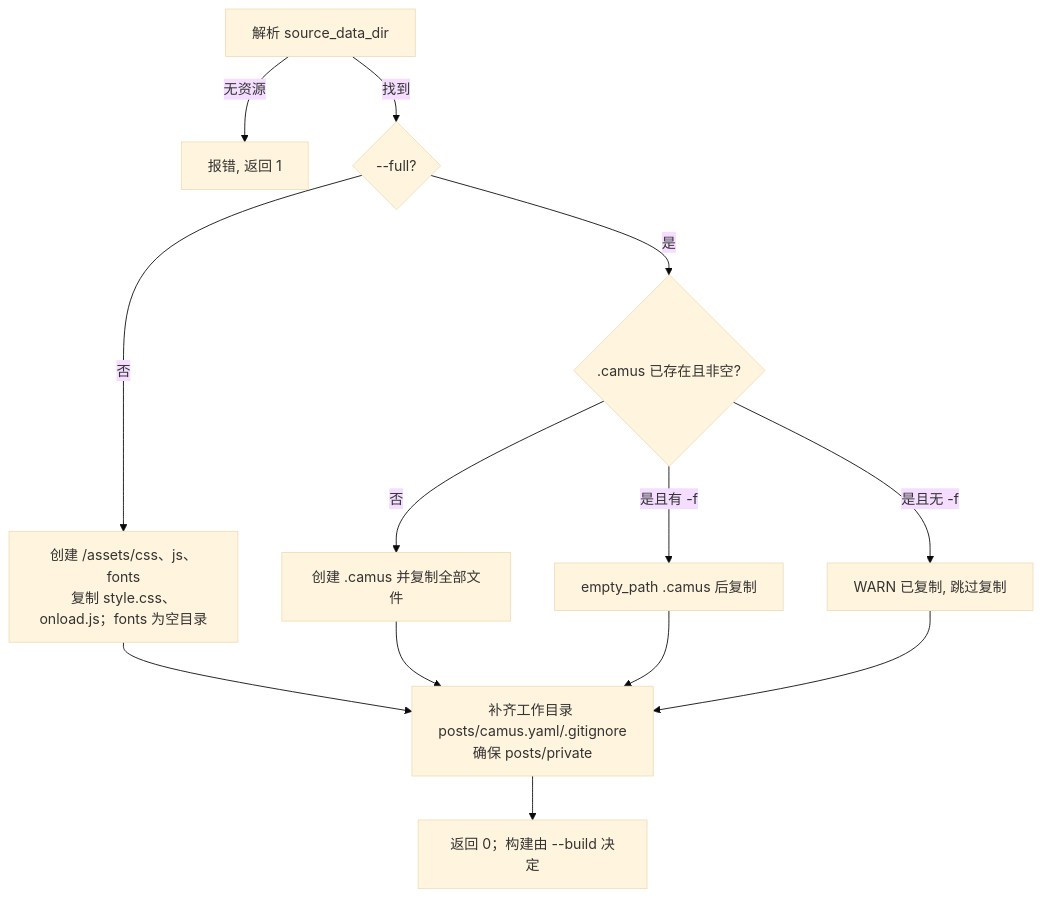
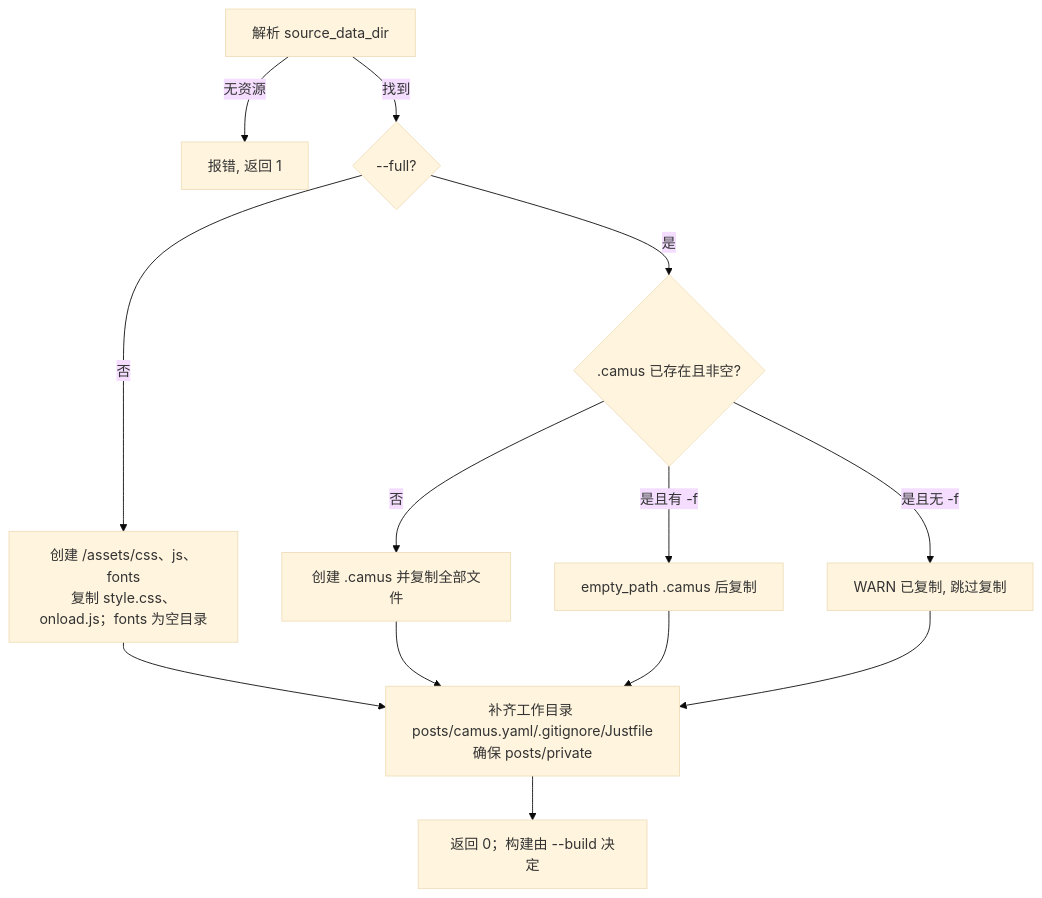
Before and after one commit to o8x/camus: the second of 3 diagrams in docs/prd/08-template-install.md, drawn with Mermaid (base theme). The commit also changed other lines of this file and 8 other files, not shown here.

````diff
--- a/docs/prd/08-template-install.md
+++ b/docs/prd/08-template-install.md
@@ -74,15 +76,15 @@
 ```mermaid
 flowchart TD
     A[解析 source_data_dir] -->|无资源| X[报错, 返回 1]
     A -->|找到| F{--full?}
     F -->|否| M[创建 <workdir>/assets/css、js、fonts<br/>复制 style.css、onload.js；fonts 为空目录]
-    M --> S[补齐工作目录 posts/camus.yaml/.gitignore<br/>确保 posts/private]
+    M --> S[补齐工作目录 posts/camus.yaml/.gitignore/Justfile<br/>确保 posts/private]
     F -->|是| B{.camus 已存在且非空?}
     B -->|否| D[创建 .camus 并复制全部文件]
     B -->|是且无 -f| W[WARN 已复制, 跳过复制]
     B -->|是且有 -f| C[empty_path .camus 后复制]
     D --> S
     C --> S
     W --> S
     S --> OK[返回 0；构建由 --build 决定]
 ```
````
